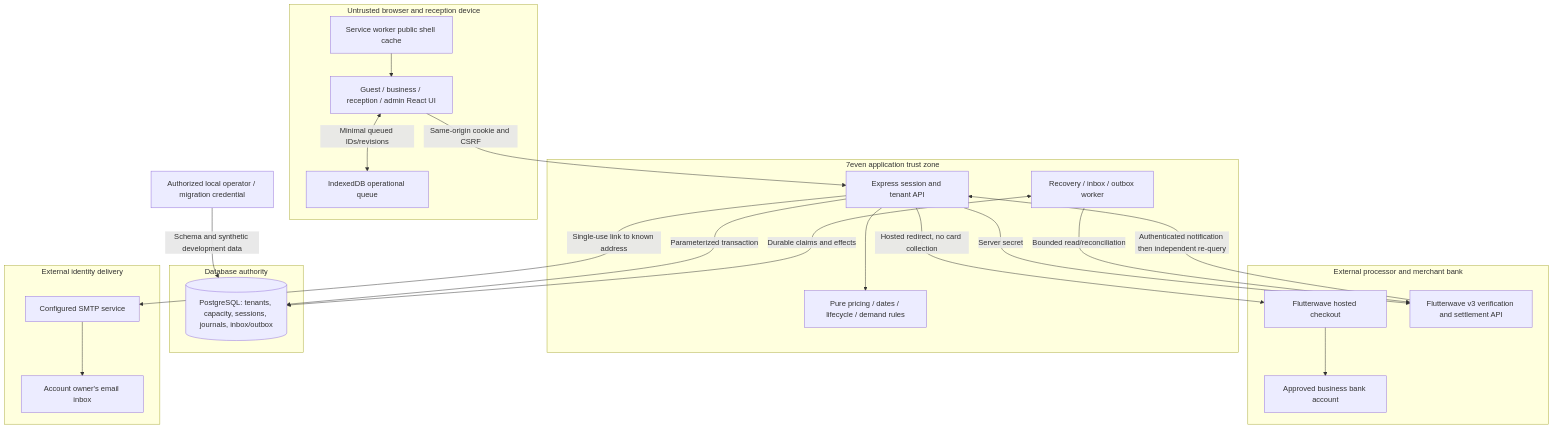
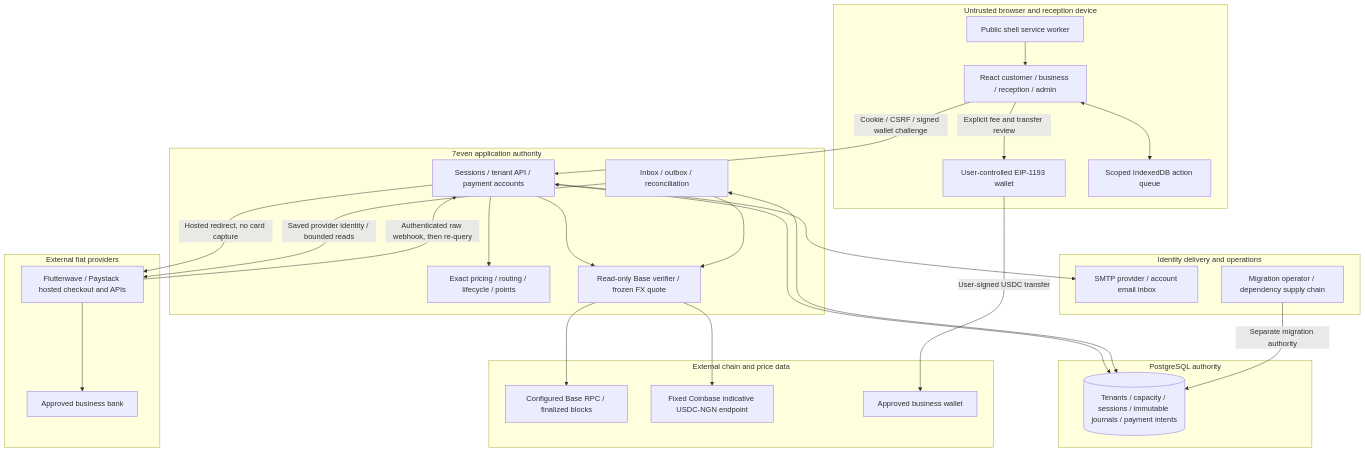
One commit to CyberGrills/apren changed the diagram in docs/security/tma.md. Above: the diagram before and after it, drawn with Mermaid. The commit also changed other lines of this file and 31 other files, not shown here.

First line of the commit message:
docs: record payment verification and operating limits

````diff
--- a/docs/security/tma.md
+++ b/docs/security/tma.md
@@ -12,40 +12,49 @@
 ```mermaid
 flowchart TD
   subgraph B1[Untrusted browser and reception device]
-    Guest[Guest / business / reception / admin React UI]
-    Queue[IndexedDB operational queue]
-    Static[Service worker public shell cache]
+    UI[React customer / business / reception / admin]
+    Wallet[User-controlled EIP-1193 wallet]
+    Queue[Scoped IndexedDB action queue]
+    Shell[Public shell service worker]
   end
-  subgraph B2[7even application trust zone]
-    API[Express session and tenant API]
-    Engine[Pure pricing / dates / lifecycle / demand rules]
-    Worker[Recovery / inbox / outbox worker]
+  subgraph B2[7even application authority]
+    API[Sessions / tenant API / payment accounts]
+    Engine[Exact pricing / routing / lifecycle / points]
+    Worker[Inbox / outbox / reconciliation]
+    Crypto[Read-only Base verifier / frozen FX quote]
   end
-  subgraph B3[Database authority]
-    PG[(PostgreSQL: tenants, capacity, sessions, journals, inbox/outbox)]
+  subgraph B3[PostgreSQL authority]
+    PG[(Tenants / capacity / sessions / immutable journals / payment intents)]
   end
-  subgraph B4[External processor and merchant bank]
-    Checkout[Flutterwave hosted checkout]
-    Provider[Flutterwave v3 verification and settlement API]
-    Bank[Approved business bank account]
+  subgraph B4[External fiat providers]
+    Fiat[Flutterwave / Paystack hosted checkout and APIs]
+    Bank[Approved business bank]
   end
-  subgraph B5[External identity delivery]
-    SMTP[Configured SMTP service]
-    Inbox[Account owner's email inbox]
+  subgraph B5[External chain and price data]
+    RPC[Configured Base RPC / finalized blocks]
+    FX[Fixed Coinbase indicative USDC-NGN endpoint]
+    BusinessWallet[Approved business wallet]
   end
-  Operator[Authorized local operator / migration credential]
-  Guest -->|Same-origin cookie and CSRF| API
-  Guest <-->|Minimal queued IDs/revisions| Queue
-  Static --> Guest
+  subgraph B6[Identity delivery and operations]
+    SMTP[SMTP provider / account email inbox]
+    Operator[Migration operator / dependency supply chain]
+  end
+  Shell --> UI
+  UI <--> Queue
+  UI -->|Cookie / CSRF / signed wallet challenge| API
+  UI -->|Explicit fee and transfer review| Wallet
+  Wallet -->|User-signed USDC transfer| BusinessWallet
   API --> Engine
-  API -->|Parameterized transaction| PG
-  Worker <-->|Durable claims and effects| PG
-  API -->|Hosted redirect, no card collection| Checkout
-  API -->|Server secret| Provider
-  Provider -->|Authenticated notification then independent re-query| API
-  Worker -->|Bounded read/reconciliation| Provider
-  Checkout --> Bank
-  API -->|Single-use link to known address| SMTP
-  SMTP --> Inbox
-  Operator -->|Schema and synthetic development data| PG
+  API <--> PG
+  Worker <--> PG
+  API -->|Hosted redirect, no card capture| Fiat
+  Fiat --> Bank
+  Fiat -->|Authenticated raw webhook, then re-query| API
+  Worker -->|Saved provider identity / bounded reads| Fiat
+  API --> Crypto
+  Worker --> Crypto
+  Crypto --> RPC
+  Crypto --> FX
+  API --> SMTP
+  Operator -->|Separate migration authority| PG
 ```
````
